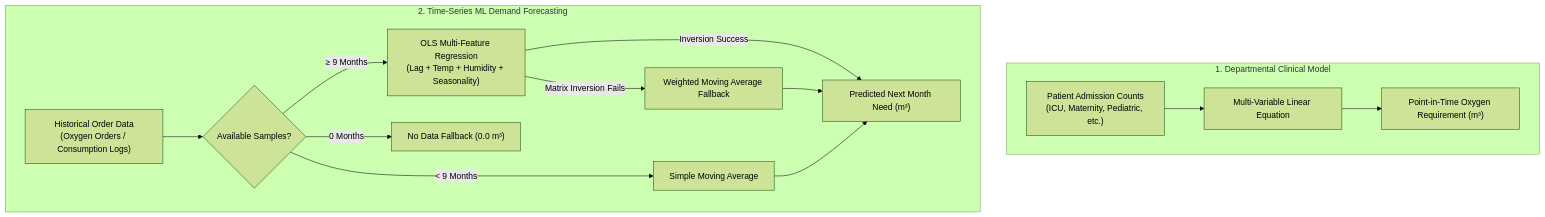
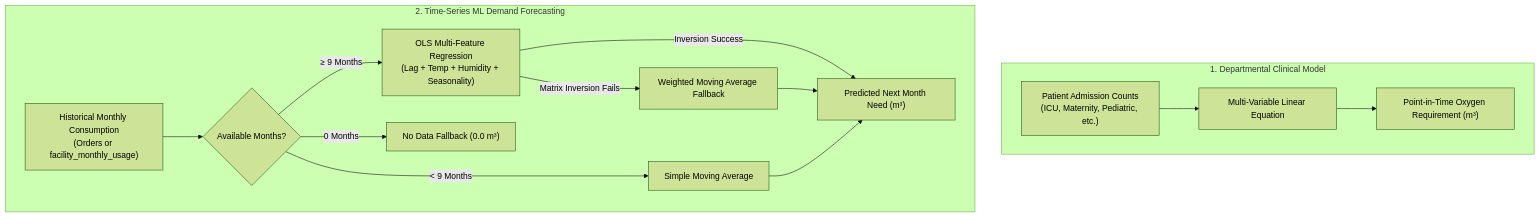
Before and after one commit to LifeBank-New/Airx: the diagram in README.md, drawn with Mermaid (forest theme). The commit also changed other lines of this file, not shown here.

Commit message:
docs: update README.md to match current system architecture, testing, and security specifications

````diff
--- a/README.md
+++ b/README.md
@@ -151,18 +195,18 @@
 ```mermaid
 graph TD
     subgraph Clinical["1. Departmental Clinical Model"]
         P["Patient Admission Counts<br/>(ICU, Maternity, Pediatric, etc.)"] --> C["Multi-Variable Linear Equation"]
         C --> R1["Point-in-Time Oxygen Requirement (m³)"]
     end
 
     subgraph TimeSeries["2. Time-Series ML Demand Forecasting"]
-        H["Historical Order Data<br/>(Oxygen Orders / Consumption Logs)"] --> S{"Available Samples?"}
+        H["Historical Monthly Consumption<br/>(Orders or facility_monthly_usage)"] --> S{"Available Months?"}
         S -->|"≥ 9 Months"| OLS["OLS Multi-Feature Regression<br/>(Lag + Temp + Humidity + Seasonality)"]
         OLS -->|"Matrix Inversion Fails"| WMA["Weighted Moving Average Fallback"]
         OLS -->|"Inversion Success"| R2["Predicted Next Month Need (m³)"]
         S -->|"< 9 Months"| SMA["Simple Moving Average"]
         S -->|"0 Months"| ND["No Data Fallback (0.0 m³)"]
         WMA --> R2
         SMA --> R2
     end
 ```
````
